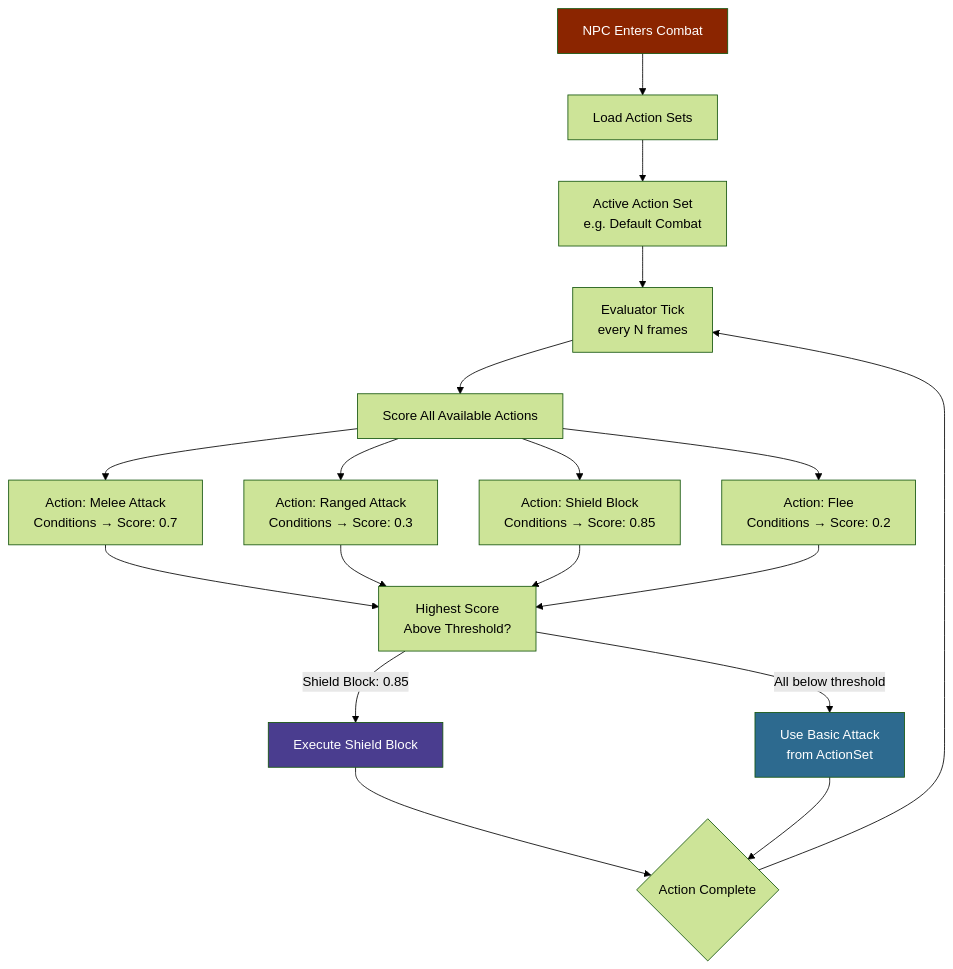
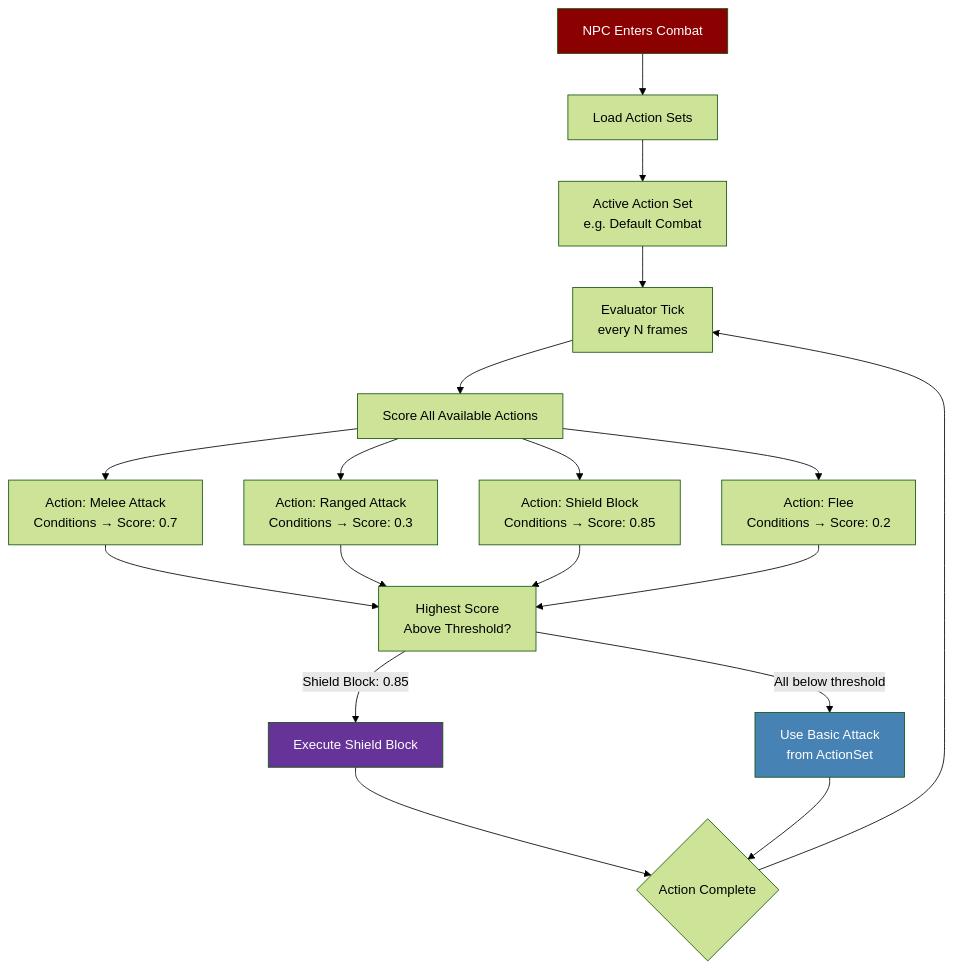
One commit to nevesb/hytale-modding-docs changed the first of 2 diagrams in src/content/docs/es/reference/npc-system/npc-combat-balancing.md. Above: the diagram before and after it, drawn with Mermaid (forest theme). The commit also changed other lines of this file and 34 other files, not shown here.

````diff
--- a/src/content/docs/es/reference/npc-system/npc-combat-balancing.md
+++ b/src/content/docs/es/reference/npc-system/npc-combat-balancing.md
@@ -12,29 +12,29 @@
 ```mermaid
-flowchart TD
+flowchart TD;
     A[NPC Enters Combat] --> B[Load Action Sets]
-    B --> C["Active Action Set<br/>e.g. Default Combat"]
+    B --> C["Active Action Set<br>e.g. Default Combat"]
 
-    C --> D["Evaluator Tick<br/>every N frames"]
+    C --> D["Evaluator Tick<br>every N frames"]
     D --> E[Score All Available Actions]
 
-    E --> F["Action: Melee Attack<br/>Conditions → Score: 0.7"]
-    E --> G["Action: Ranged Attack<br/>Conditions → Score: 0.3"]
-    E --> H["Action: Shield Block<br/>Conditions → Score: 0.85"]
-    E --> I["Action: Flee<br/>Conditions → Score: 0.2"]
+    E --> F["Action: Melee Attack<br>Conditions → Score: 0.7"]
+    E --> G["Action: Ranged Attack<br>Conditions → Score: 0.3"]
+    E --> H["Action: Shield Block<br>Conditions → Score: 0.85"]
+    E --> I["Action: Flee<br>Conditions → Score: 0.2"]
 
-    F --> J["Highest Score<br/>Above Threshold?"]
+    F --> J["Highest Score<br>Above Threshold?"]
     G --> J
     H --> J
     I --> J
 
     J -->|"Shield Block: 0.85"| K[Execute Shield Block]
-    J -->|"All below threshold"| L["Use Basic Attack<br/>from ActionSet"]
+    J -->|"All below threshold"| L["Use Basic Attack<br>from ActionSet"]
 
     K --> M{Action Complete}
     L --> M
     M --> D
 
-    style A fill:#8b2500,color:#fff
-    style K fill:#4a3d8f,color:#fff
-    style L fill:#2d6a8f,color:#fff
+    style A fill:darkred,color:white
+    style K fill:rebeccapurple,color:white
+    style L fill:steelblue,color:white
 ```
````
